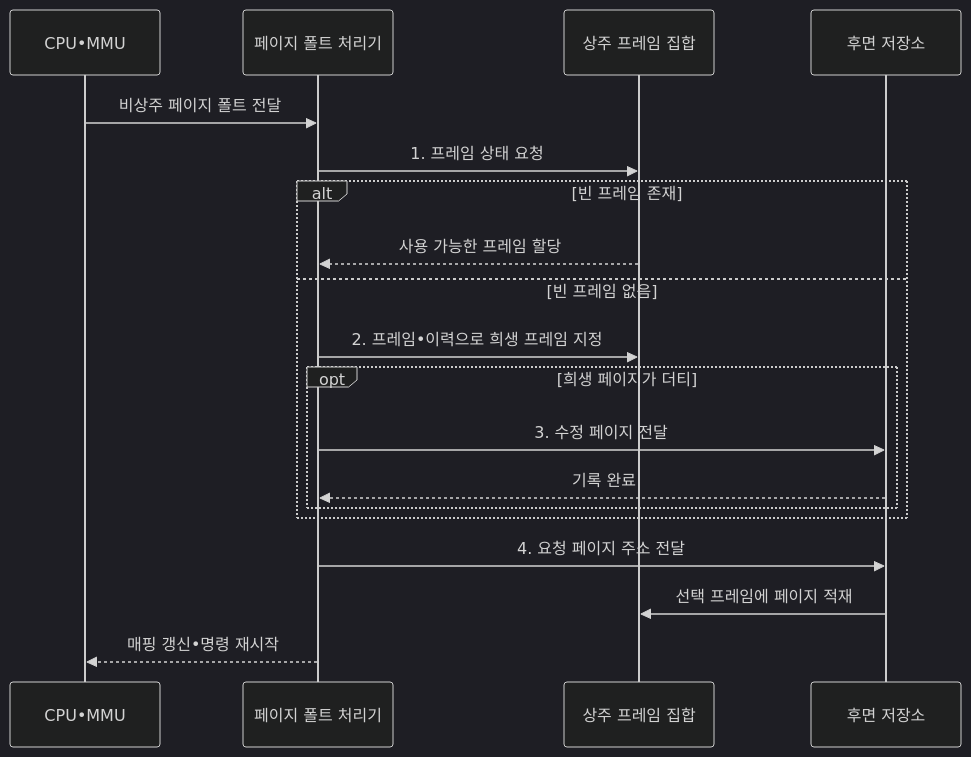
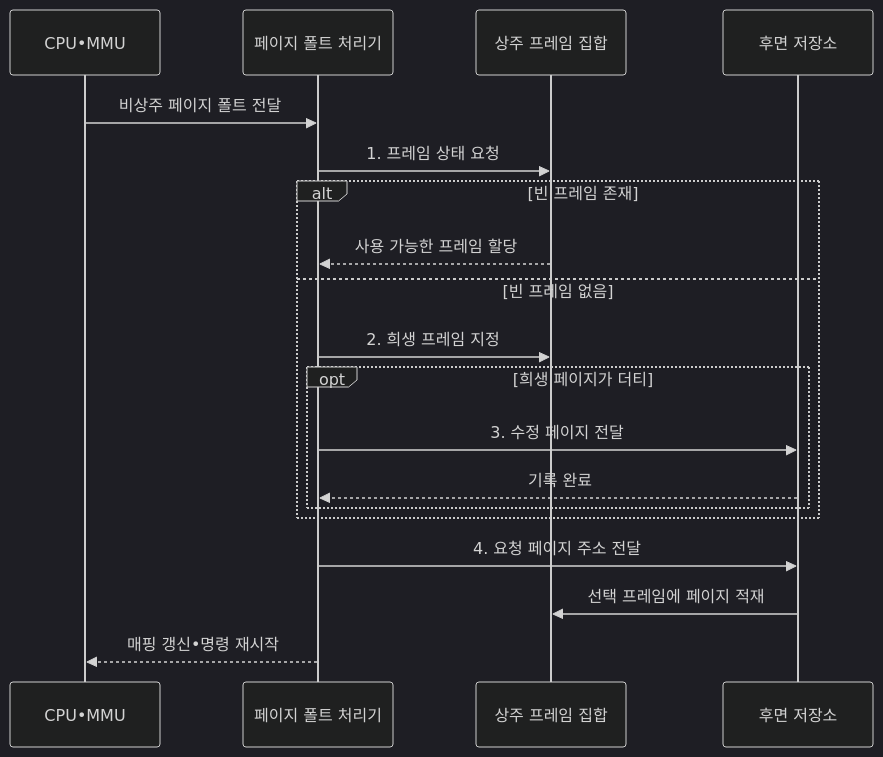
Before and after one commit to agnusdei1207/knowledge-base: the second of 2 diagrams in src/content/docs/notes/02-hardware/018_page_replacement.md, drawn with Mermaid (dark theme). The commit also changed other lines of this file and 10 other files, not shown here.

````diff
--- a/src/content/docs/notes/02-hardware/018_page_replacement.md
+++ b/src/content/docs/notes/02-hardware/018_page_replacement.md
@@ -101,22 +101,22 @@
 ```mermaid
 sequenceDiagram
     participant C as CPU•MMU
     participant O as 페이지 폴트 처리기
     participant F as 상주 프레임 집합
     participant S as 후면 저장소
 
     C->>O: 비상주 페이지 폴트 전달
     O->>F: 1. 프레임 상태 요청
     alt 빈 프레임 존재
         F-->>O: 사용 가능한 프레임 할당
     else 빈 프레임 없음
-        O->>F: 2. 프레임•이력으로 희생 프레임 지정
+        O->>F: 2. 희생 프레임 지정
         opt 희생 페이지가 더티
             O->>S: 3. 수정 페이지 전달
             S-->>O: 기록 완료
         end
     end
     O->>S: 4. 요청 페이지 주소 전달
     S->>F: 선택 프레임에 페이지 적재
     O-->>C: 매핑 갱신•명령 재시작
 ```
````
